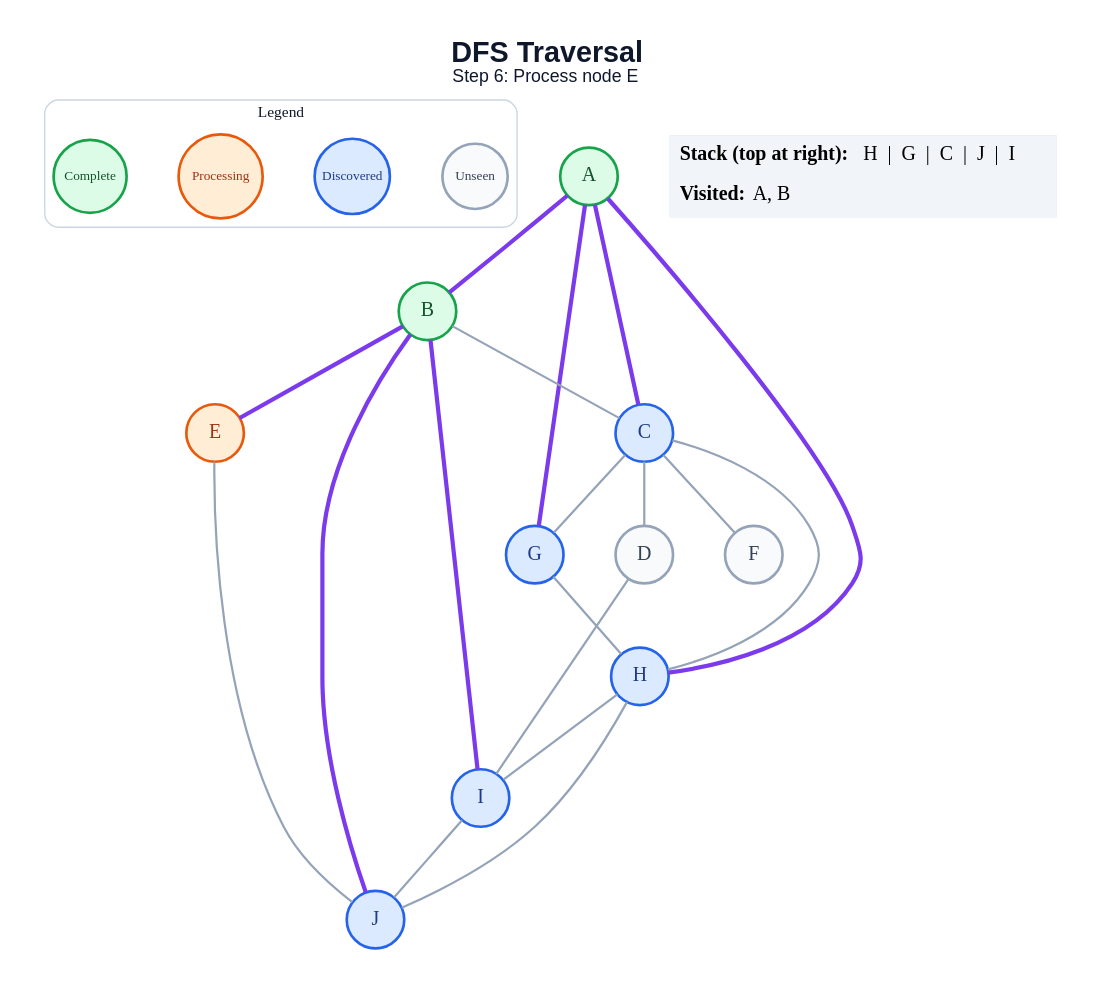
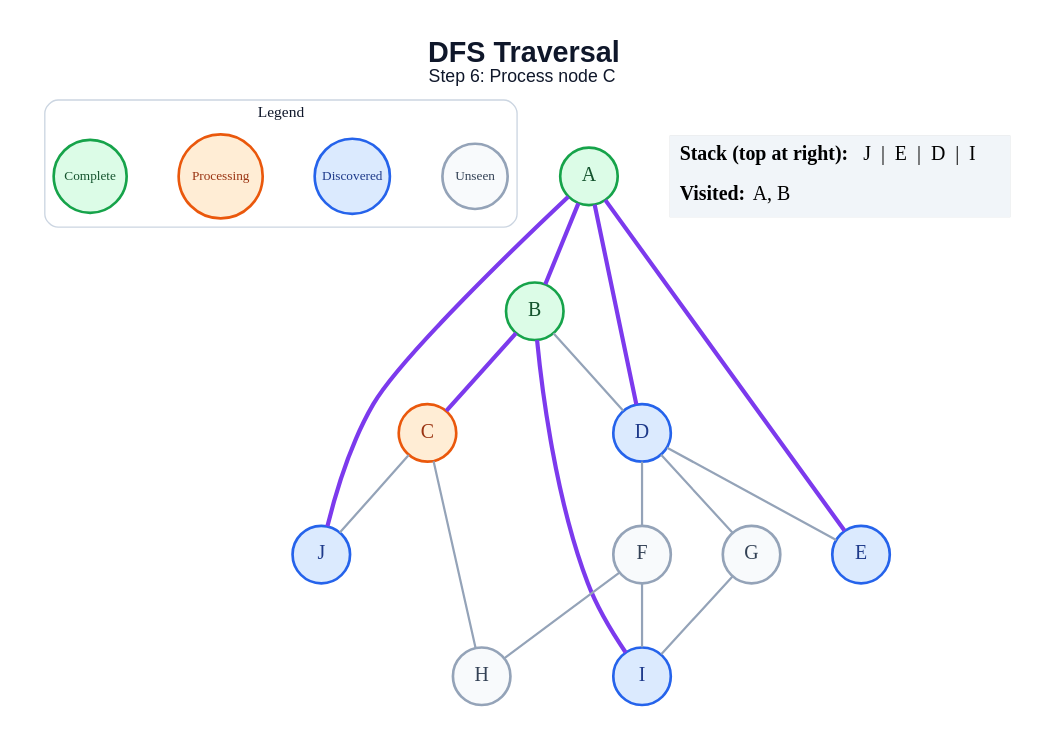
One commit to amanghodawala9/ai-slop changed the diagram in generated/dfs/step_06.dot. Above: the diagram before and after it, drawn with Graphviz. The commit also changed 178 other files, not shown here.

```diff
--- a/generated/dfs/step_06.dot
+++ b/generated/dfs/step_06.dot
@@ -1,47 +1,44 @@
 graph traversal {
   graph [layout=dot, rankdir=TB, bgcolor="#FFFFFF", pad="0.35", nodesep="0.65", ranksep="0.8", fontname="Arial"];
   node [shape=circle, style="filled", fontname="Arial Bold", fontsize=18, width=0.72, fixedsize=true, penwidth=2.4];
   edge [color="#94A3B8", penwidth=2.0];
-  label=<<B>DFS Traversal</B><BR/><FONT POINT-SIZE="16">Step 6: Process node E</FONT>>; labelloc="t"; fontsize=26; fontname="Arial"; fontcolor="#0F172A";
+  label=<<B>DFS Traversal</B><BR/><FONT POINT-SIZE="16">Step 6: Process node C</FONT>>; labelloc="t"; fontsize=26; fontname="Arial"; fontcolor="#0F172A";
   subgraph cluster_legend { label="Legend"; color="#CBD5E1"; penwidth=1.2; style="rounded"; fontsize=14; fontname="Arial Bold";
     key_unseen [label="Unseen", fillcolor="#F8FAFC", color="#94A3B8", fontcolor="#334155", fontsize=12, width=0.82];
     key_frontier [label="Discovered", fillcolor="#DBEAFE", color="#2563EB", fontcolor="#1E3A8A", fontsize=12, width=0.95];
     key_current [label="Processing", fillcolor="#FFEDD5", color="#EA580C", fontcolor="#9A3412", fontsize=12, width=1.05];
     key_done [label="Complete", fillcolor="#DCFCE7", color="#16A34A", fontcolor="#14532D", fontsize=12, width=0.92];
     { rank=same; key_unseen; key_frontier; key_current; key_done; }
   }
   A [fillcolor="#DCFCE7", color="#16A34A", fontcolor="#14532D"];
   B [fillcolor="#DCFCE7", color="#16A34A", fontcolor="#14532D"];
-  C [fillcolor="#DBEAFE", color="#2563EB", fontcolor="#1E3A8A"];
-  D [fillcolor="#F8FAFC", color="#94A3B8", fontcolor="#334155"];
-  E [fillcolor="#FFEDD5", color="#EA580C", fontcolor="#9A3412"];
+  C [fillcolor="#FFEDD5", color="#EA580C", fontcolor="#9A3412"];
+  D [fillcolor="#DBEAFE", color="#2563EB", fontcolor="#1E3A8A"];
+  E [fillcolor="#DBEAFE", color="#2563EB", fontcolor="#1E3A8A"];
   F [fillcolor="#F8FAFC", color="#94A3B8", fontcolor="#334155"];
-  G [fillcolor="#DBEAFE", color="#2563EB", fontcolor="#1E3A8A"];
-  H [fillcolor="#DBEAFE", color="#2563EB", fontcolor="#1E3A8A"];
+  G [fillcolor="#F8FAFC", color="#94A3B8", fontcolor="#334155"];
+  H [fillcolor="#F8FAFC", color="#94A3B8", fontcolor="#334155"];
   I [fillcolor="#DBEAFE", color="#2563EB", fontcolor="#1E3A8A"];
   J [fillcolor="#DBEAFE", color="#2563EB", fontcolor="#1E3A8A"];
   A -- B [color="#7C3AED", penwidth=3.8];
-  A -- C [color="#7C3AED", penwidth=3.8];
-  A -- G [color="#7C3AED", penwidth=3.8];
-  A -- H [color="#7C3AED", penwidth=3.8];
-  B -- C;
-  B -- E [color="#7C3AED", penwidth=3.8];
+  A -- D [color="#7C3AED", penwidth=3.8];
+  A -- E [color="#7C3AED", penwidth=3.8];
+  A -- J [color="#7C3AED", penwidth=3.8];
+  B -- C [color="#7C3AED", penwidth=3.8];
+  B -- D;
   B -- I [color="#7C3AED", penwidth=3.8];
-  B -- J [color="#7C3AED", penwidth=3.8];
-  C -- D;
-  C -- F;
-  C -- G;
   C -- H;
-  D -- I;
-  E -- J;
-  G -- H;
-  H -- I;
-  H -- J;
-  I -- J;
+  C -- J;
+  D -- E;
+  D -- F;
+  D -- G;
+  F -- H;
+  F -- I;
+  G -- I;
   status [shape=plain, fixedsize=false, width=0, height=0, margin=0, label=<
     <TABLE BORDER="0" CELLBORDER="0" CELLPADDING="7" BGCOLOR="#F1F5F9">
-      <TR><TD ALIGN="LEFT"><B>Stack (top at right):</B> H  |  G  |  C  |  J  |  I</TD></TR>
+      <TR><TD ALIGN="LEFT"><B>Stack (top at right):</B> J  |  E  |  D  |  I</TD></TR>
       <TR><TD ALIGN="LEFT"><B>Visited:</B> A, B</TD></TR>
     </TABLE>
   >];
 }
```
